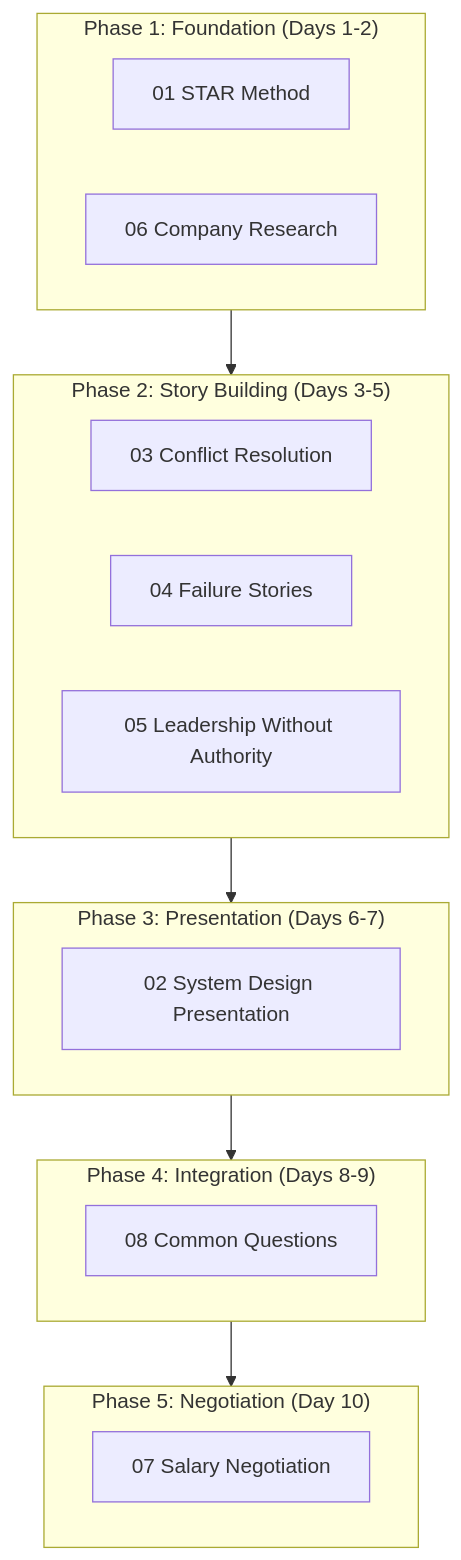
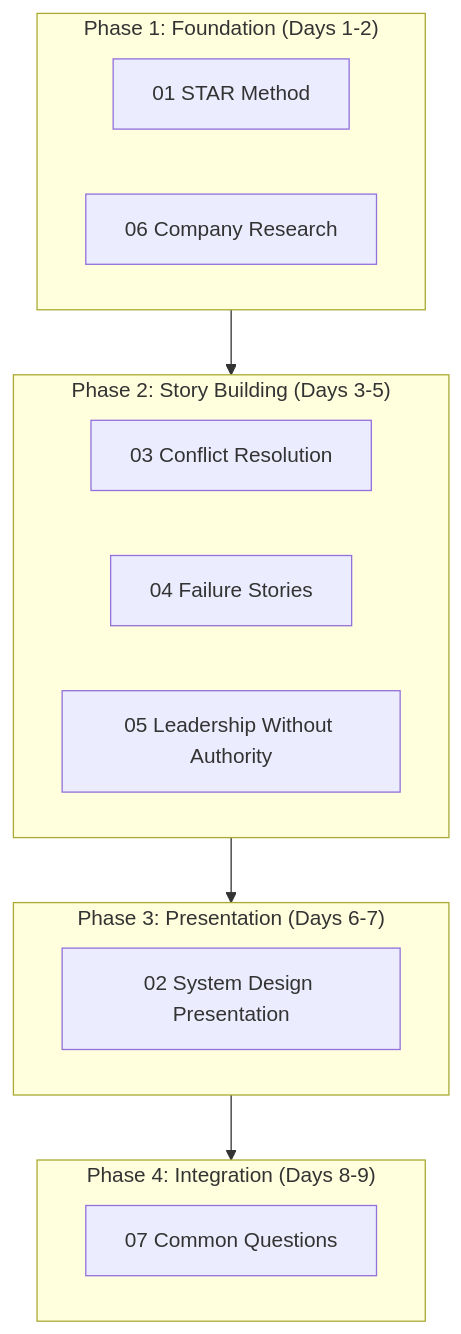
The third of 3 diagrams in 04-behavioral/communication/00-README.md (thearpitanand/interview-prep-guide), drawn with Mermaid before and after one commit. The commit also changed other lines of this file and 133 other files, not shown here.

````diff
--- a/04-behavioral/communication/00-README.md
+++ b/04-behavioral/communication/00-README.md
@@ -52,27 +49,23 @@
 ```mermaid
 graph TD
     subgraph Phase1["Phase 1: Foundation (Days 1-2)"]
         S1[01 STAR Method]
         S2[06 Company Research]
     end
 
     subgraph Phase2["Phase 2: Story Building (Days 3-5)"]
         S3[03 Conflict Resolution]
         S4[04 Failure Stories]
         S5[05 Leadership Without Authority]
     end
 
     subgraph Phase3["Phase 3: Presentation (Days 6-7)"]
         S6[02 System Design Presentation]
     end
 
     subgraph Phase4["Phase 4: Integration (Days 8-9)"]
-        S7[08 Common Questions]
+        S7[07 Common Questions]
     end
 
-    subgraph Phase5["Phase 5: Negotiation (Day 10)"]
-        S8[07 Salary Negotiation]
-    end
-
-    Phase1 --> Phase2 --> Phase3 --> Phase4 --> Phase5
+    Phase1 --> Phase2 --> Phase3 --> Phase4
 ```
````
